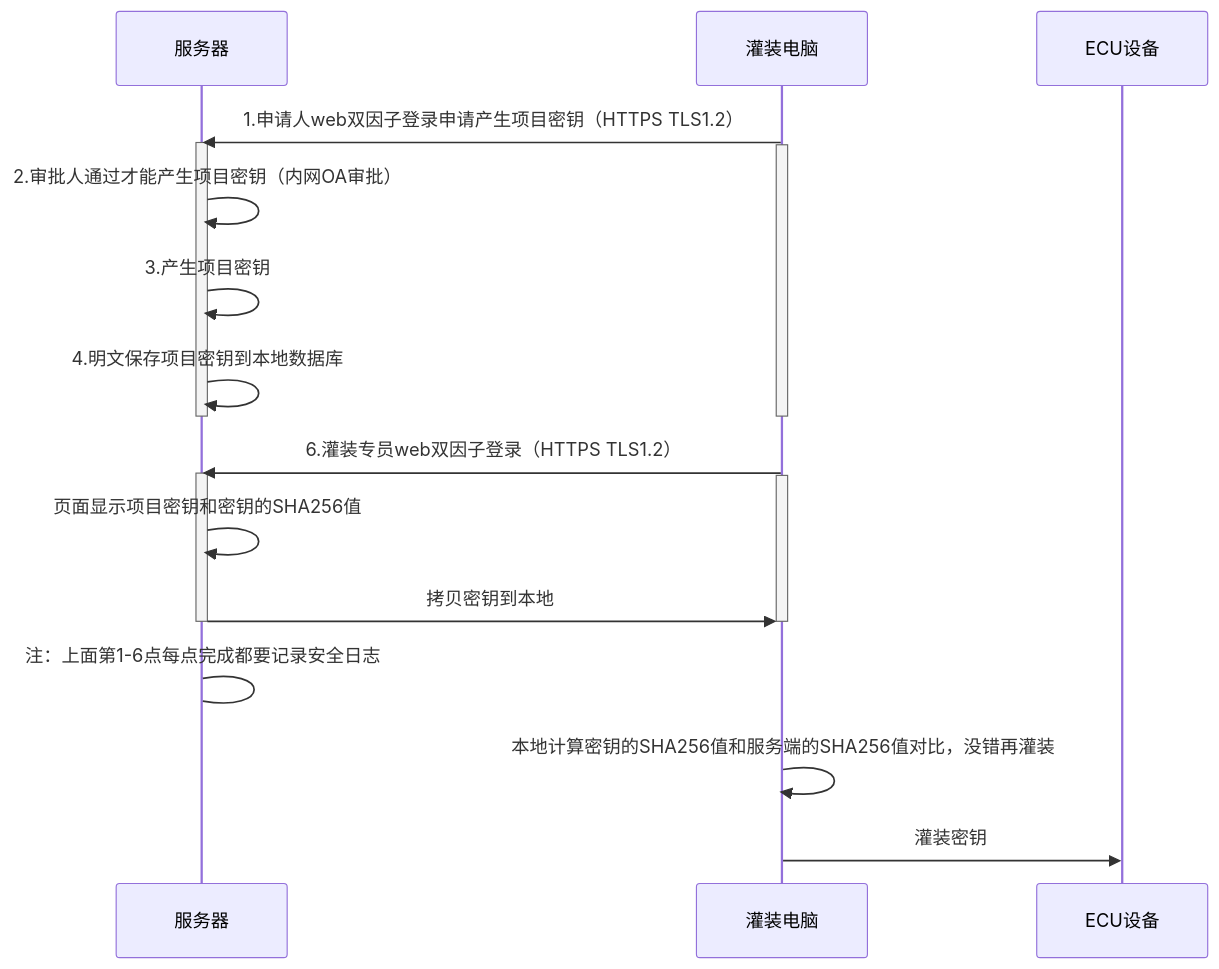
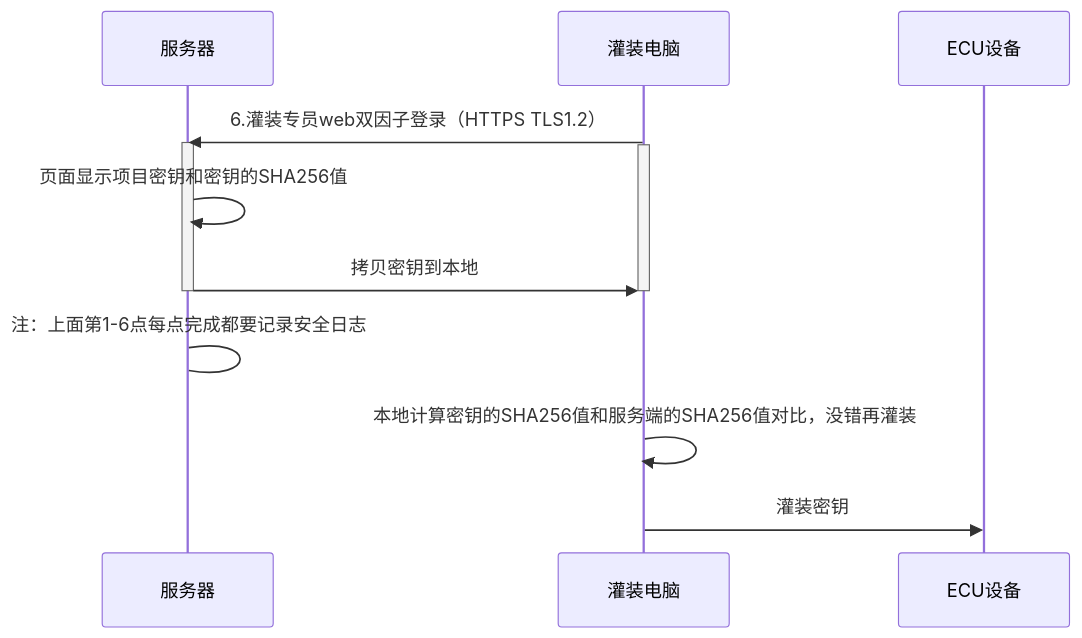
Before and after one commit to facebook-cloud/iodraw-files: the diagram in all/未命名-23.md, drawn with Mermaid.

Commit message:
2026-04-15 17:06:37 update

````diff
--- a/all/未命名-23.md
+++ b/all/未命名-23.md
@@ -1,34 +1,24 @@
 ```mermaid
 sequenceDiagram
   
     participant B as 服务器
     participant D as 灌装电脑
     participant E as ECU设备
 
  
-    D->>B: 1.申请人web双因子登录申请产生项目密钥（HTTPS TLS1.2）
-    activate B
-    activate D
-    B->>B: 2.审批人通过才能产生项目密钥（内网OA审批）
-    B->>B: 3.产生项目密钥
-    B->>B: 4.明文保存项目密钥到本地数据库
 
 
-    deactivate B
-    deactivate D
 
-
-    
     D->>B: 6.灌装专员web双因子登录（HTTPS TLS1.2）
     activate B
     activate D
     B->>B: 页面显示项目密钥和密钥的SHA256值
     B->>D: 拷贝密钥到本地
     deactivate B
     deactivate D
     B->B: 注：上面第1-6点每点完成都要记录安全日志
 
     D->>D:本地计算密钥的SHA256值和服务端的SHA256值对比，没错再灌装
     
     D->>E: 灌装密钥
 ```
````
